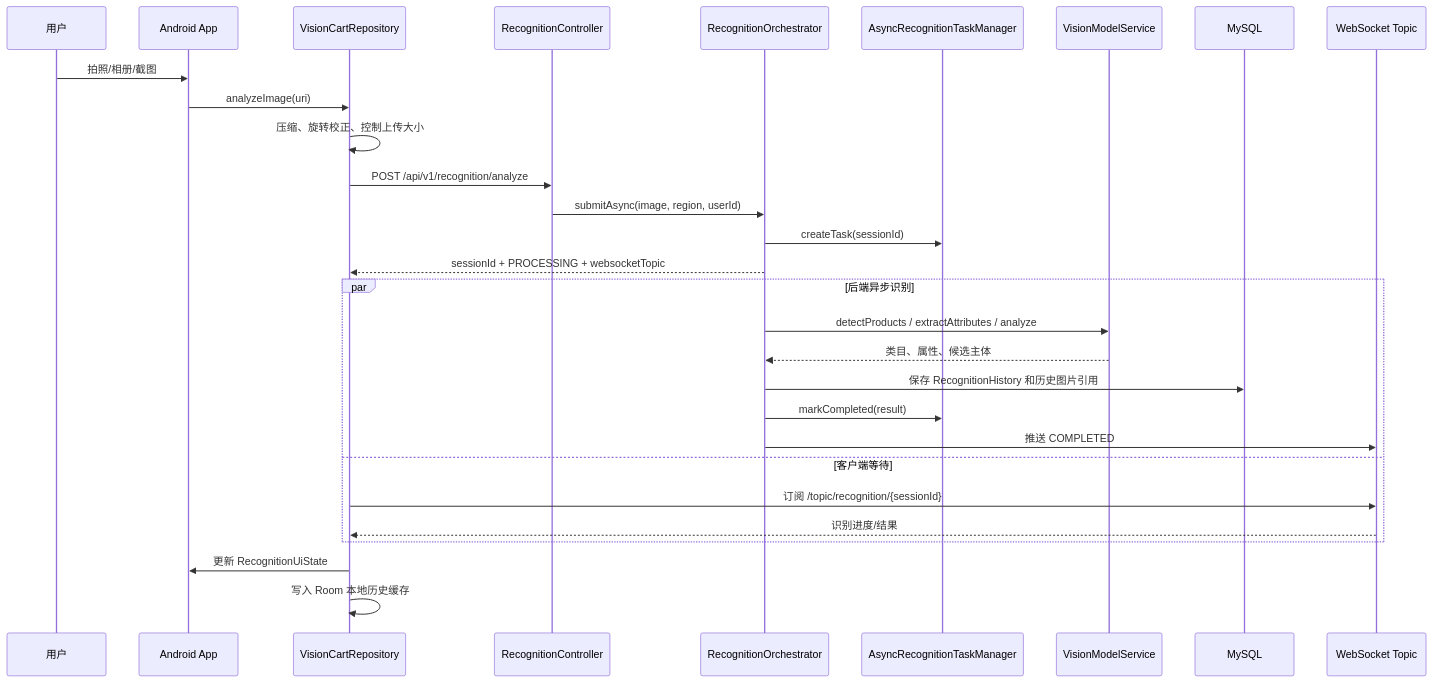
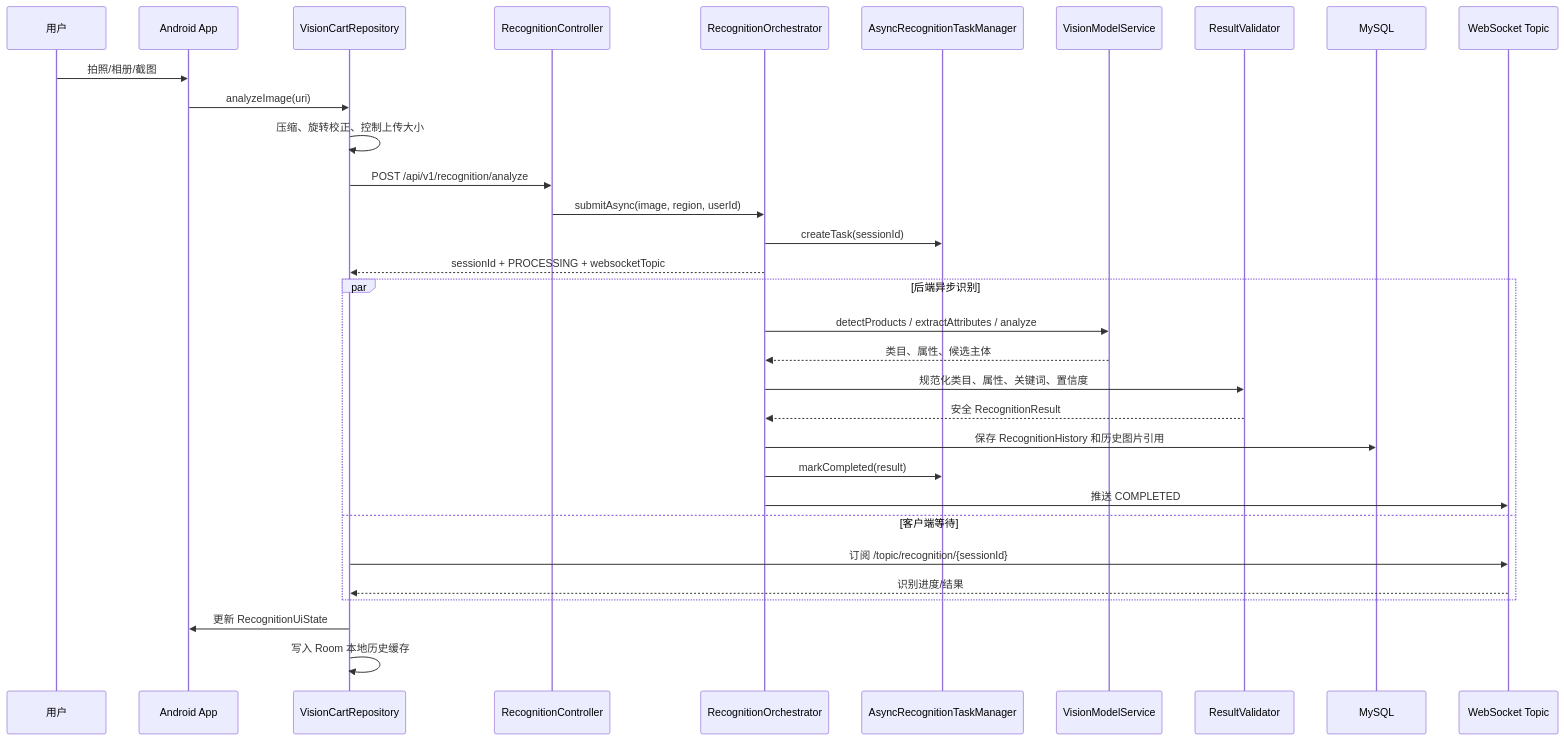
Before and after one commit to buwenjiayou/VisionCart: the fifth of 12 diagrams in docs/architecture-design.md, drawn with Mermaid. The commit also changed other lines of this file and 69 other files, not shown here.

````diff
--- a/docs/architecture-design.md
+++ b/docs/architecture-design.md
@@ -170,34 +180,37 @@
 ```mermaid
 sequenceDiagram
     participant U as 用户
     participant App as Android App
     participant Repo as VisionCartRepository
     participant C as RecognitionController
     participant O as RecognitionOrchestrator
     participant TM as AsyncRecognitionTaskManager
     participant V as VisionModelService
+    participant Guard as ResultValidator
     participant DB as MySQL
     participant WS as WebSocket Topic
 
     U->>App: 拍照/相册/截图
     App->>Repo: analyzeImage(uri)
     Repo->>Repo: 压缩、旋转校正、控制上传大小
     Repo->>C: POST /api/v1/recognition/analyze
     C->>O: submitAsync(image, region, userId)
     O->>TM: createTask(sessionId)
     O-->>Repo: sessionId + PROCESSING + websocketTopic
 
     par 后端异步识别
         O->>V: detectProducts / extractAttributes / analyze
         V-->>O: 类目、属性、候选主体
+        O->>Guard: 规范化类目、属性、关键词、置信度
+        Guard-->>O: 安全 RecognitionResult
         O->>DB: 保存 RecognitionHistory 和历史图片引用
         O->>TM: markCompleted(result)
         O->>WS: 推送 COMPLETED
     and 客户端等待
         Repo->>WS: 订阅 /topic/recognition/{sessionId}
         WS-->>Repo: 识别进度/结果
     end
 
     Repo->>App: 更新 RecognitionUiState
     Repo->>Repo: 写入 Room 本地历史缓存
 ```
````
